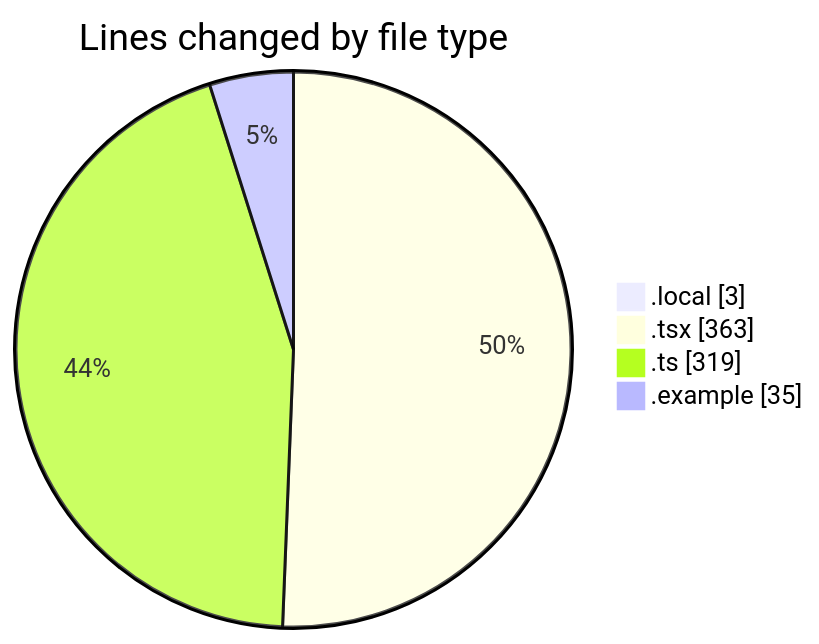
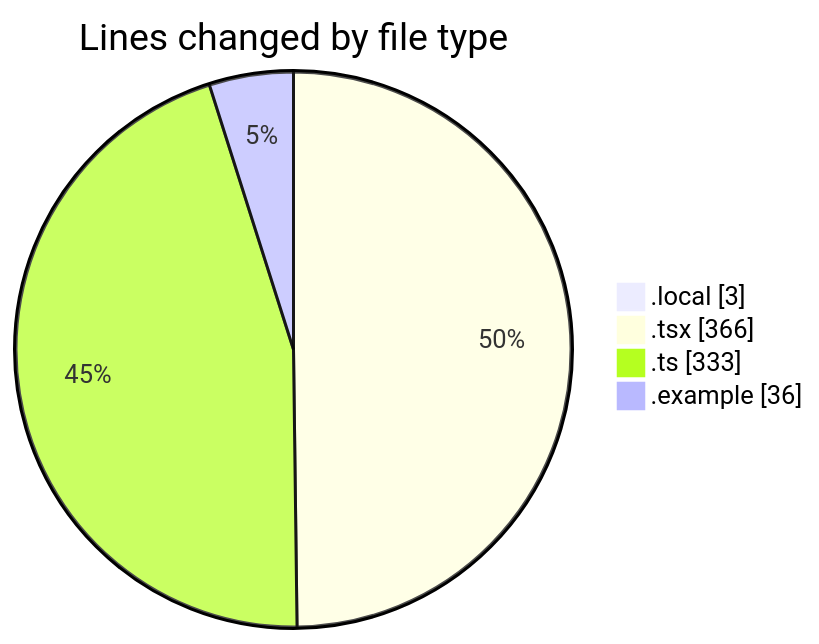
The first of 2 diagrams in 2025-11-20/eventscop-frontend-guide__workspace_/README.md (julien-gomy/code-tracking), drawn with Mermaid before and after one commit. The commit also changed other lines of this file and 1 other file, not shown here.

````diff
--- a/2025-11-20/eventscop-frontend-guide__workspace_/README.md
+++ b/2025-11-20/eventscop-frontend-guide__workspace_/README.md
@@ -31,8 +33,8 @@
 ```mermaid
 pie showData
 title Lines changed by file type
 ".local" : 3
-".tsx" : 363
-".ts" : 319
-".example" : 35
+".tsx" : 366
+".ts" : 333
+".example" : 36
 ```
````
